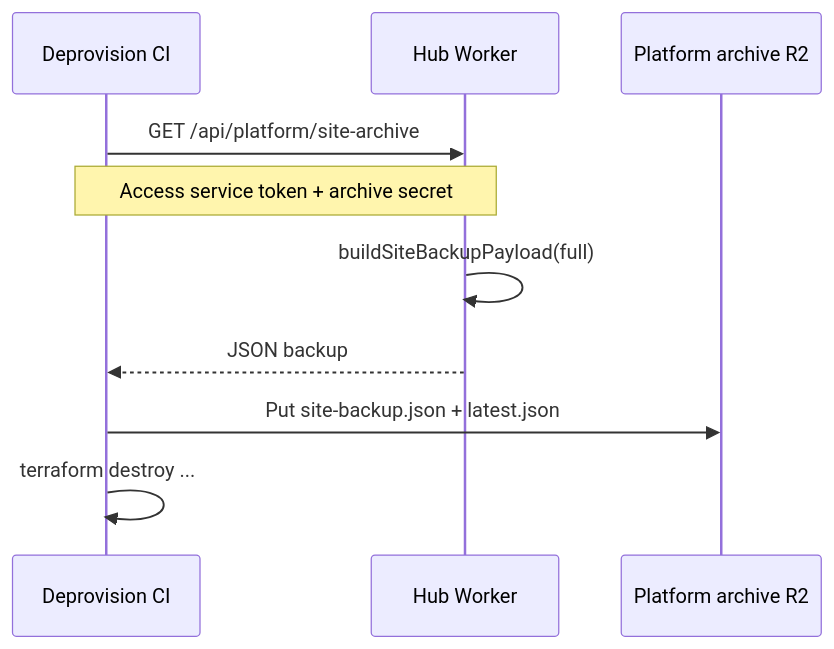
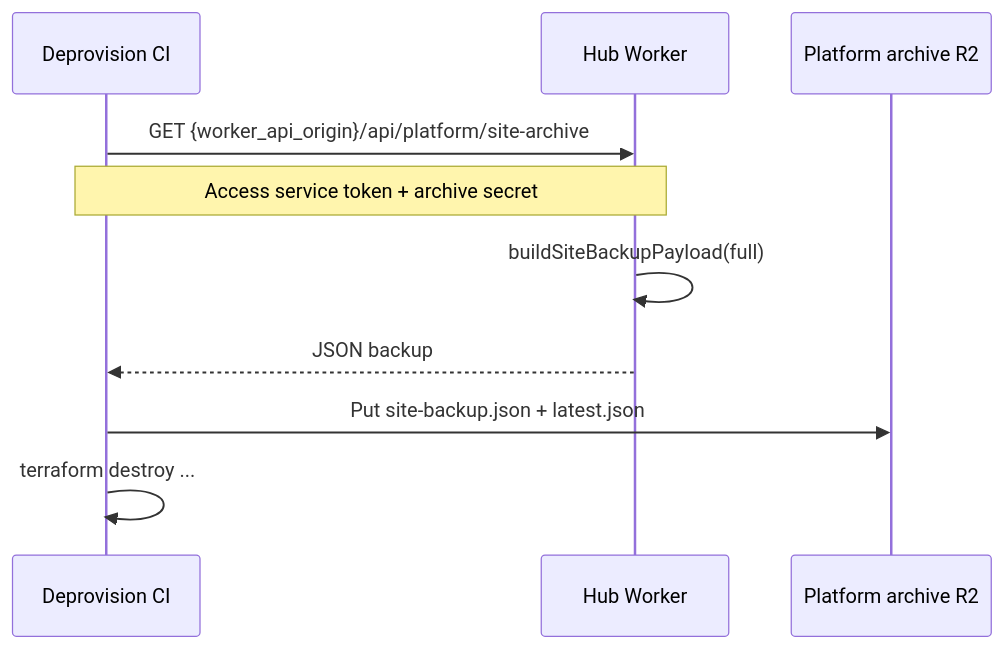
The diagram in docs/platform-site-archive.md (marklovely/home-dashboard), drawn with Mermaid before and after one commit. The commit also changed other lines of this file and 12 other files, not shown here.

First line of the commit message:
Fetch hub archives from the Worker so deprovision is not blocked by a Pages 404.

````diff
--- a/docs/platform-site-archive.md
+++ b/docs/platform-site-archive.md
@@ -32,13 +32,13 @@
 ```mermaid
 sequenceDiagram
   participant CI as Deprovision CI
   participant Hub as Hub Worker
   participant R2 as Platform archive R2
 
-  CI->>Hub: GET /api/platform/site-archive
+  CI->>Hub: GET {worker_api_origin}/api/platform/site-archive
   Note over CI,Hub: Access service token + archive secret
   Hub->>Hub: buildSiteBackupPayload(full)
   Hub-->>CI: JSON backup
   CI->>R2: Put site-backup.json + latest.json
   CI->>CI: terraform destroy ...
 ```
````
